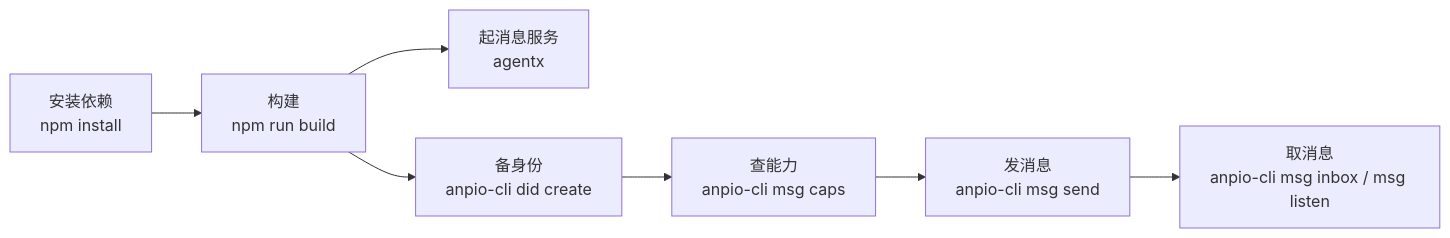
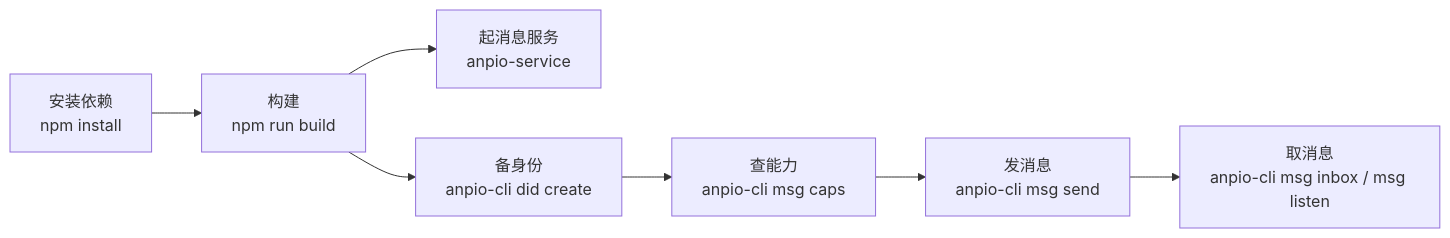
One commit to eccstartup/anpio-cli changed the diagram in vercel/guide/quickstart.md. Above: the diagram before and after it, drawn with Mermaid. The commit also changed other lines of this file and 140 other files, not shown here.

````diff
--- a/vercel/guide/quickstart.md
+++ b/vercel/guide/quickstart.md
@@ -11,9 +11,9 @@
 ```mermaid
 flowchart LR
   A["安装依赖<br/>npm install"] --> B["构建<br/>npm run build"]
-  B --> C["起消息服务<br/>agentx"]
+  B --> C["起消息服务<br/>anpio-service"]
   B --> D["备身份<br/>anpio-cli did create"]
   D --> E["查能力<br/>anpio-cli msg caps"]
   E --> F["发消息<br/>anpio-cli msg send"]
   F --> G["取消息<br/>anpio-cli msg inbox / msg listen"]
 ```
````
